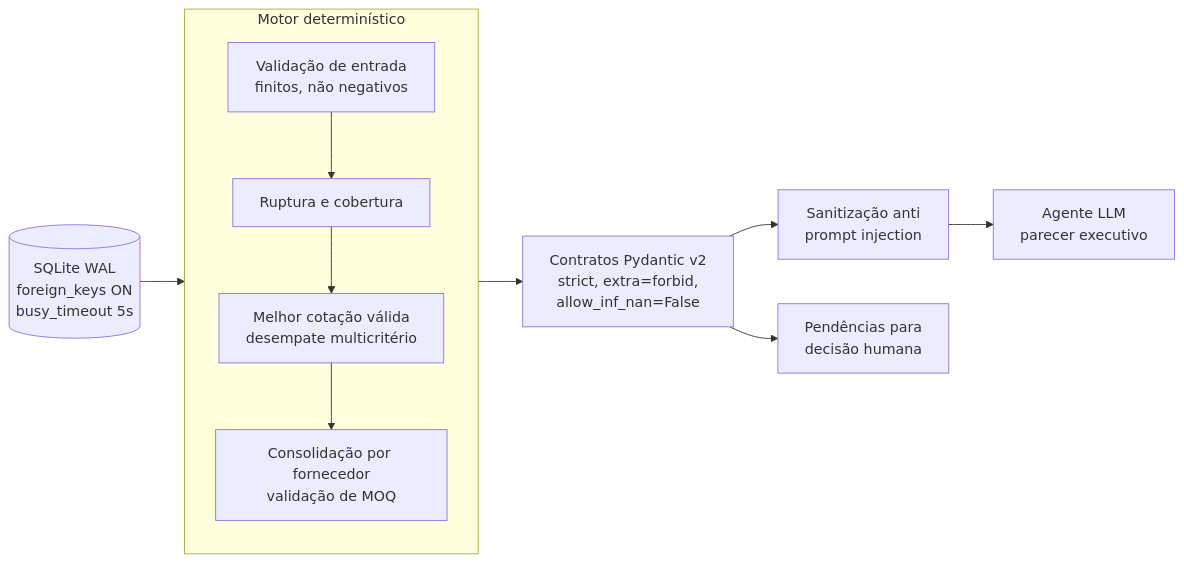
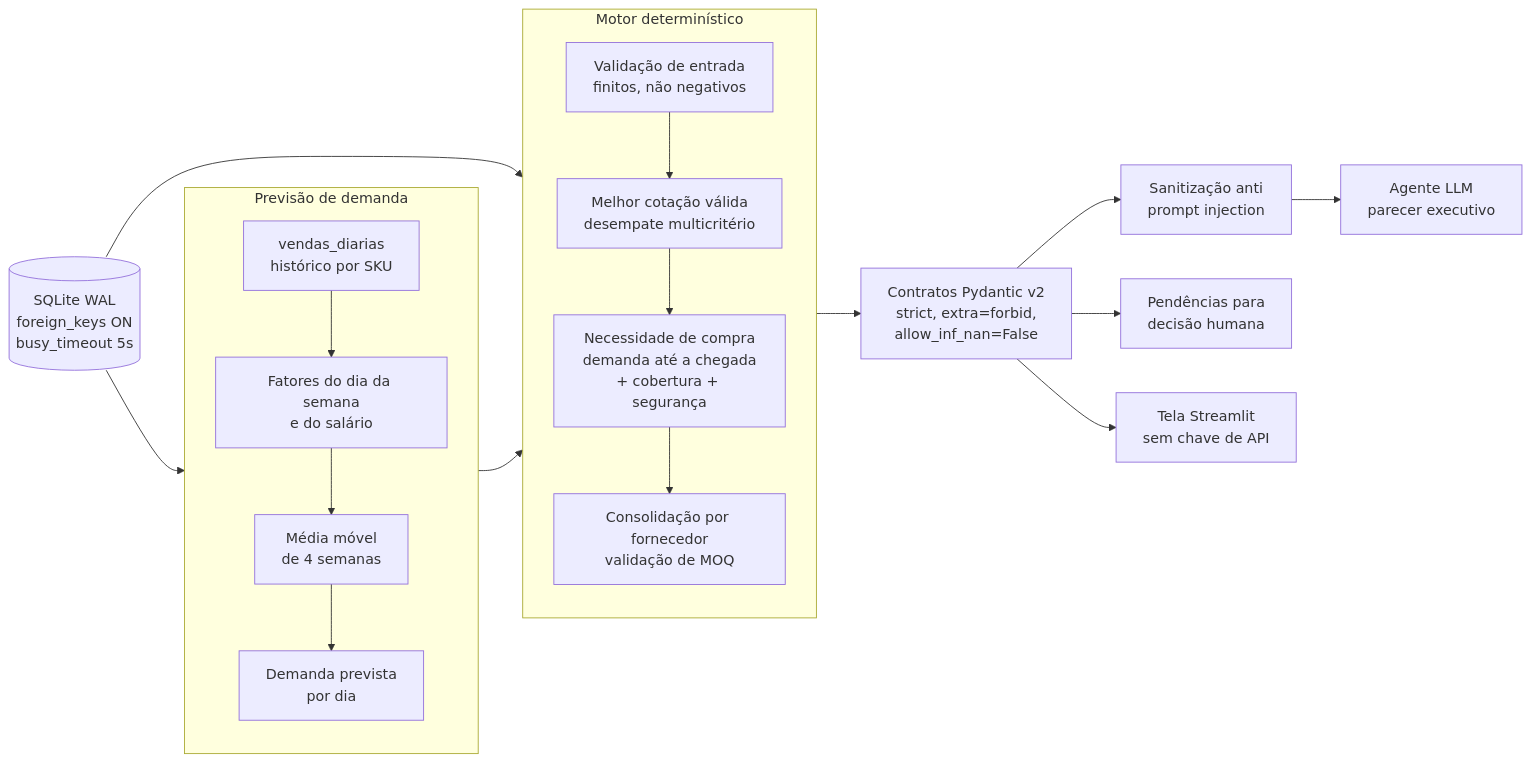
The diagram in README.md (maxwellnasci/supermarket-procurement-agent), drawn with Mermaid before and after one commit. The commit also changed other lines of this file and 1 other file, not shown here.

Commit message:
docs: atualiza README com previsão de demanda, MAPE por SKU, tela e limitações; adiciona ADR-0002

````diff
--- a/README.md
+++ b/README.md
@@ -42,16 +42,27 @@
 ```mermaid
 flowchart LR
-    DB[(SQLite WAL<br/>foreign_keys ON<br/>busy_timeout 5s)] --> ENG
+    DB[(SQLite WAL<br/>foreign_keys ON<br/>busy_timeout 5s)] --> F
+    DB --> ENG
+
+    subgraph F[Previsão de demanda]
+        direction TB
+        H[vendas_diarias<br/>histórico por SKU] --> FA[Fatores do dia da semana<br/>e do salário]
+        FA --> MM[Média móvel<br/>de 4 semanas]
+        MM --> P[Demanda prevista<br/>por dia]
+    end
+
+    F --> ENG
 
     subgraph ENG[Motor determinístico]
         direction TB
-        V[Validação de entrada<br/>finitos, não negativos] --> R[Ruptura e cobertura]
-        R --> Q[Melhor cotação válida<br/>desempate multicritério]
-        Q --> M[Consolidação por fornecedor<br/>validação de MOQ]
+        V[Validação de entrada<br/>finitos, não negativos] --> Q[Melhor cotação válida<br/>desempate multicritério]
+        Q --> N[Necessidade de compra<br/>demanda até a chegada<br/>+ cobertura + segurança]
+        N --> M[Consolidação por fornecedor<br/>validação de MOQ]
     end
 
     ENG --> C[Contratos Pydantic v2<br/>strict, extra=forbid,<br/>allow_inf_nan=False]
     C --> S[Sanitização anti<br/>prompt injection]
     S --> LLM[Agente LLM<br/>parecer executivo]
-    C --> H[Pendências para<br/>decisão humana]
+    C --> H2[Pendências para<br/>decisão humana]
+    C --> UI[Tela Streamlit<br/>sem chave de API]
 ```
````
